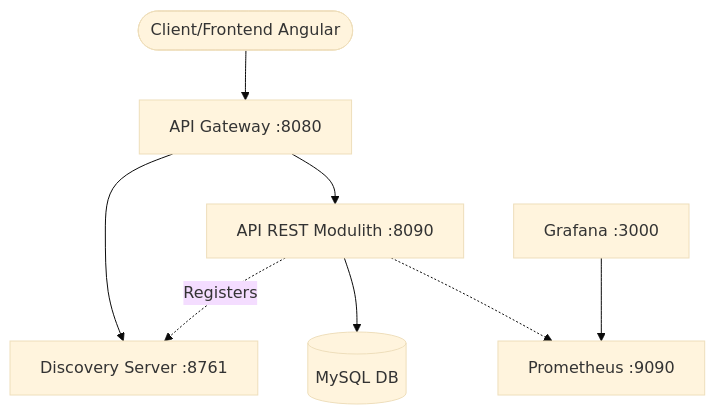
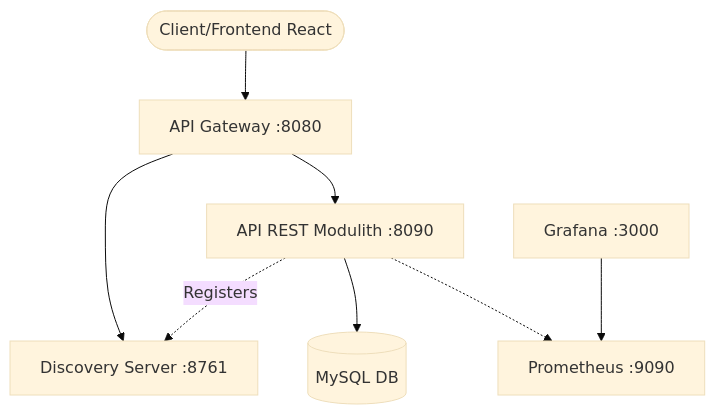
The diagram in README.md (juanmorschrott/api-rest), drawn with Mermaid (base theme) before and after one commit. The commit also changed other lines of this file and 66 other files, not shown here.

Commit message:
Replace angular with React + Typescript

````diff
--- a/README.md
+++ b/README.md
@@ -17,10 +17,10 @@
 ```mermaid
 graph TD
-    Client([Client/Frontend Angular]) --> Gateway[API Gateway :8080]
+    Client([Client/Frontend React]) --> Gateway[API Gateway :8080]
     Gateway --> Discovery[Discovery Server :8761]
     Gateway --> API[API REST Modulith :8090]
     API -.-> |Registers| Discovery
     API --> DB[(MySQL DB)]
     API -.-> Prometheus[Prometheus Metrics]
     Grafana[Grafana :3000] --> Prometheus[Prometheus :9090]
 ```
````
